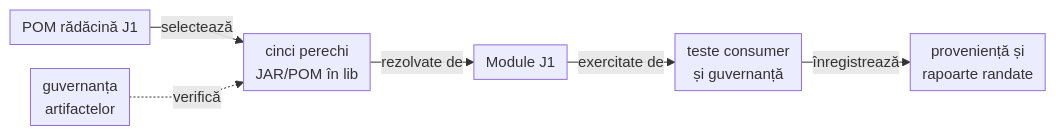
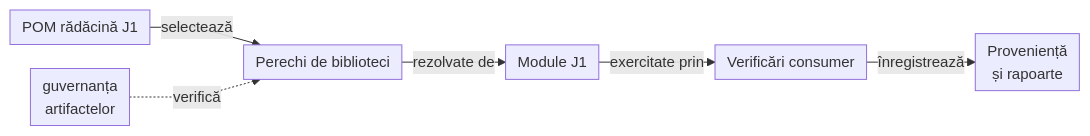
One commit to crististefanita/atf_j1 changed the diagram in atf-tests/src/test/java/atf/api/tests/governance/distribution/README.md. Above: the diagram before and after it, drawn with Mermaid. The commit also changed other lines of this file and 58 other files, not shown here.

```diff
--- a/atf-tests/src/test/java/atf/api/tests/governance/distribution/README.md
+++ b/atf-tests/src/test/java/atf/api/tests/governance/distribution/README.md
@@ -33,9 +34,9 @@
 ~~~mermaid
 %%{init: {"themeVariables":{"fontSize":"15px"},"themeCSS":".edgeLabel, .edgeLabel p { font-size: 12px !important; } .node rect { rx: 6px; ry: 6px; }","flowchart":{"curve":"linear","nodeSpacing":24,"rankSpacing":22,"padding":6},"sequence":{"mirrorActors":false,"messageMargin":24,"wrap":true}}}%%
 flowchart LR
-    POM["POM rădăcină J1"] -->|selectează| Pair["cinci perechi<br/>JAR/POM în lib"]
+    POM["POM rădăcină J1"] -->|selectează| Pair["Perechi de biblioteci"]
     Pair -->|rezolvate de| Reactor["Module J1"]
-    Reactor -->|exercitate de| Tests["teste consumer<br/>și guvernanță"]
-    Tests -->|înregistrează| Evidence["proveniență și<br/>rapoarte randate"]
+    Reactor -->|exercitate prin| Tests["Verificări consumer"]
+    Tests -->|înregistrează| Evidence["Proveniență<br/>și rapoarte"]
     Guard["guvernanța<br/>artifactelor"] -. verifică .-> Pair
 ~~~
```
